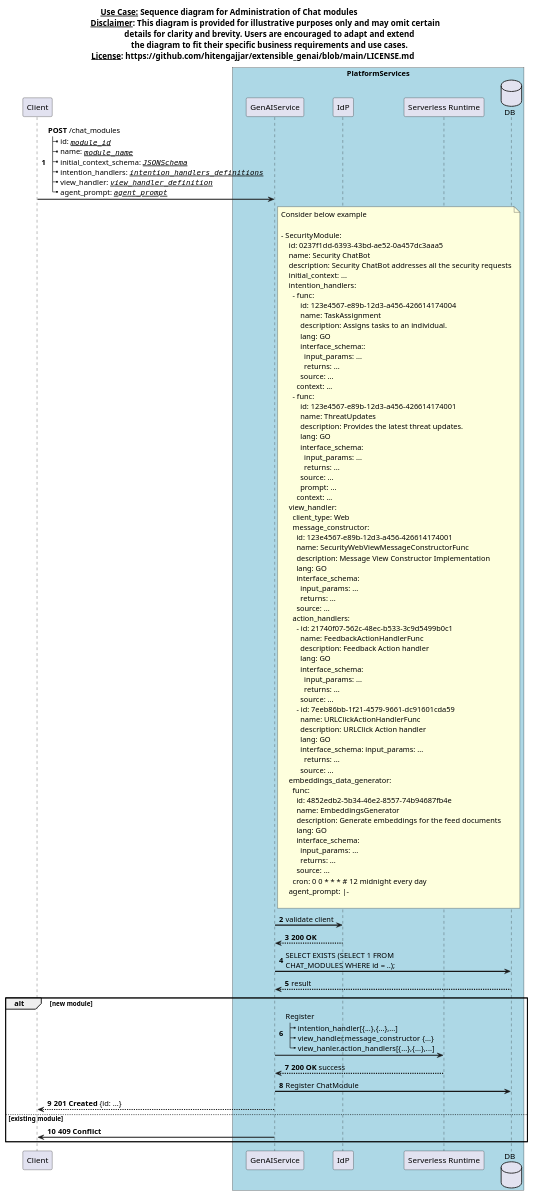
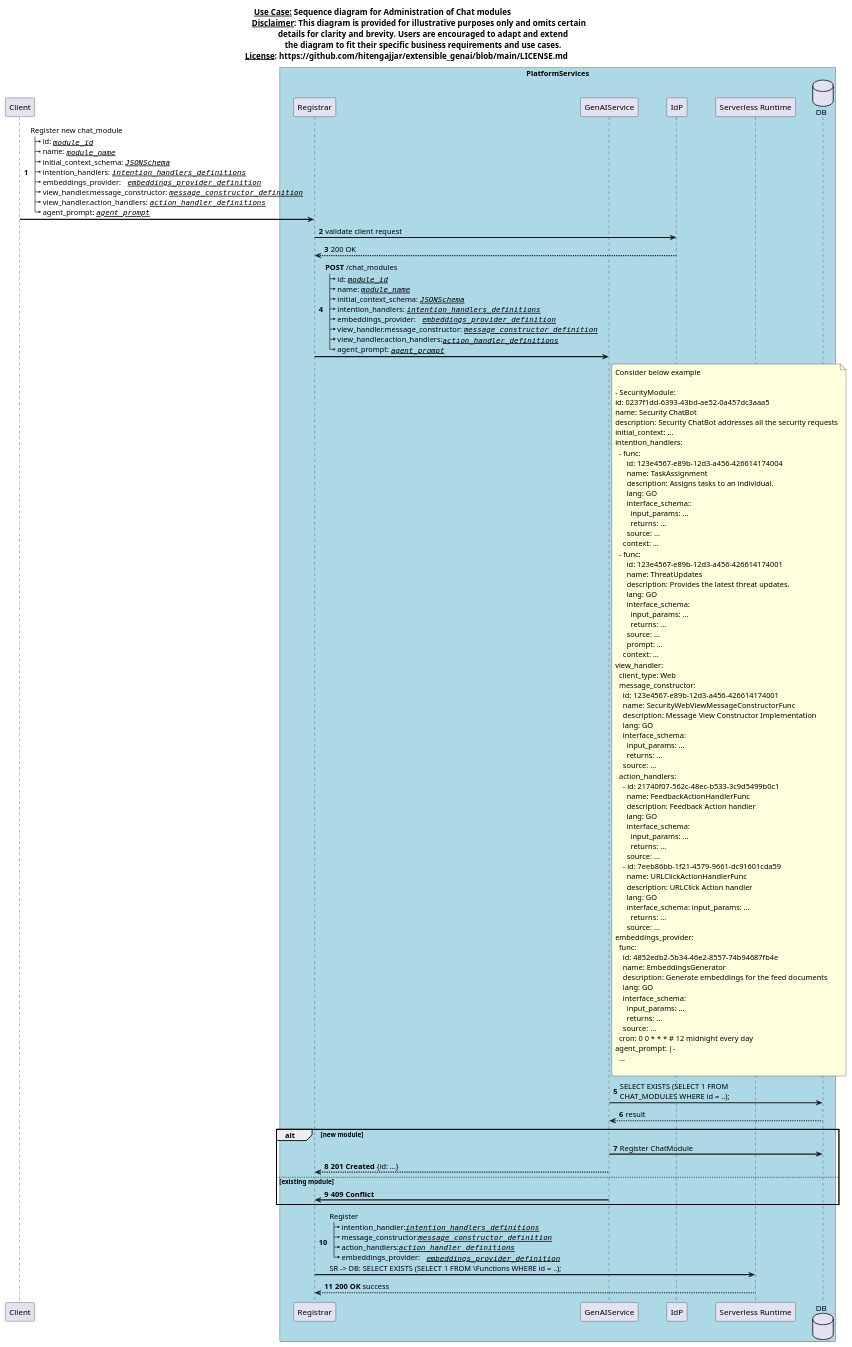
Before and after one commit to hitengajjar/extensible_genai: the diagram in UML/sequencediagrams/01 registration.wsd, drawn with PlantUML. The commit also changed 3 other files, not shown here.

Commit message:
Diagram updates

```diff
--- a/UML/sequencediagrams/01 registration.wsd
+++ b/UML/sequencediagrams/01 registration.wsd
@@ -1,123 +1,142 @@
 @startuml
 
 title 
 <u>Use Case:</u> Sequence diagram for Administration of Chat modules                                    
-<u>Disclaimer</u>: This diagram is provided for illustrative purposes only and may omit certain 
+<u>Disclaimer</u>: This diagram is provided for illustrative purposes only and omits certain 
    details for clarity and brevity. Users are encouraged to adapt and extend
    the diagram to fit their specific business requirements and use cases.
 <u>License</u>: https://github.com/hitengajjar/extensible_genai/blob/main/LICENSE.md             
 End title
 
 autonumber
 skinparam ParticipantPadding 20
 skinparam BoxPadding 10
 
 skinparam sequenceArrowThickness 2
 
 participant Client as C
 
 box "PlatformServices" #LightBlue 
+participant "Registrar" as R
 participant GenAIService as GenAI
 participant IdP
 participant "Serverless Runtime" as SR
 database DB
 end box
 
-C -> GenAI: **POST** /chat_modules \n\
+C -> R: Register new chat_module \n\
 |_ id: ""//__module_id__//"" \n\
 |_ name: ""//__module_name__//"" \n\
 |_ initial_context_schema: ""//__JSONSchema__//"" \n\
 |_ intention_handlers: ""//__intention_handlers_definitions__//"" \n\
-|_ view_handler: ""//__view_handler_definition__//"" \n\
+|_ embeddings_provider: "" //__embeddings_provider_definition__//"" \n\
+|_ view_handler.message_constructor: ""//__message_constructor_definition__//"" \n\
+|_ view_handler.action_handlers: ""//__action_handler_definitions__//"" \n\
 |_ agent_prompt: ""//__agent_prompt__//""
+
+R -> IdP: validate client request
+return 200 OK
+
+R -> GenAI: **POST** /chat_modules \n\
+|_ id: ""//__module_id__//"" \n\
+|_ name: ""//__module_name__//"" \n\
+|_ initial_context_schema: ""//__JSONSchema__//"" \n\
+|_ intention_handlers: ""//__intention_handlers_definitions__//"" \n\
+|_ embeddings_provider: "" //__embeddings_provider_definition__//"" \n\
+|_ view_handler.message_constructor: ""//__message_constructor_definition__//"" \n\
+|_ view_handler.action_handlers:""//__action_handler_definitions__//"" \n\
+|_ agent_prompt: ""//__agent_prompt__//""
+
 
 note right of GenAI
 Consider below example
 
 - SecurityModule:
-    id: 0237f1dd-6393-43bd-ae52-0a457dc3aaa5
-    name: Security ChatBot
-    description: Security ChatBot addresses all the security requests
-    initial_context: ...
-    intention_handlers:
-      - func: 
-          id: 123e4567-e89b-12d3-a456-426614174004
-          name: TaskAssignment
-          description: Assigns tasks to an individual.
-          lang: GO
-          interface_schema::
-            input_params: ...
-            returns: ...
-          source: ...
-        context: ...
-      - func: 
-          id: 123e4567-e89b-12d3-a456-426614174001
-          name: ThreatUpdates
-          description: Provides the latest threat updates.
-          lang: GO
-          interface_schema:
-            input_params: ...
-            returns: ...
-          source: ...
-          prompt: ...
-        context: ...
-    view_handler:
-      client_type: Web
-      message_constructor: 
-        id: 123e4567-e89b-12d3-a456-426614174001
-        name: SecurityWebViewMessageConstructorFunc
-        description: Message View Constructor Implementation
-        lang: GO
-        interface_schema:
-          input_params: ...
-          returns: ...
-        source: ...
-      action_handlers: 
-        - id: 21740f07-562c-48ec-b533-3c9d5499b0c1
-          name: FeedbackActionHandlerFunc
-          description: Feedback Action handler
-          lang: GO
-          interface_schema:
-            input_params: ...
-            returns: ...
-          source: ...
-        - id: 7eeb86bb-1f21-4579-9661-dc91601cda59
-          name: URLClickActionHandlerFunc
-          description: URLClick Action handler
-          lang: GO
-          interface_schema: input_params: ...
-            returns: ...
-          source: ...
-    embeddings_data_generator:
-      func: 
-        id: 4852edb2-5b34-46e2-8557-74b94687fb4e
-        name: EmbeddingsGenerator
-        description: Generate embeddings for the feed documents
-        lang: GO
-        interface_schema:
-          input_params: ...
-          returns: ...
-        source: ...
-      cron: 0 0 * * * # 12 midnight every day
-    agent_prompt: |-
+id: 0237f1dd-6393-43bd-ae52-0a457dc3aaa5
+name: Security ChatBot
+description: Security ChatBot addresses all the security requests
+initial_context: ...
+intention_handlers:
+  - func: 
+      id: 123e4567-e89b-12d3-a456-426614174004
+      name: TaskAssignment
+      description: Assigns tasks to an individual.
+      lang: GO
+      interface_schema::
+        input_params: ...
+        returns: ...
+      source: ...
+    context: ...
+  - func: 
+      id: 123e4567-e89b-12d3-a456-426614174001
+      name: ThreatUpdates
+      description: Provides the latest threat updates.
+      lang: GO
+      interface_schema:
+        input_params: ...
+        returns: ...
+      source: ...
+      prompt: ...
+    context: ...
+view_handler:
+  client_type: Web
+  message_constructor: 
+    id: 123e4567-e89b-12d3-a456-426614174001
+    name: SecurityWebViewMessageConstructorFunc
+    description: Message View Constructor Implementation
+    lang: GO
+    interface_schema:
+      input_params: ...
+      returns: ...
+    source: ...
+  action_handlers: 
+    - id: 21740f07-562c-48ec-b533-3c9d5499b0c1
+      name: FeedbackActionHandlerFunc
+      description: Feedback Action handler
+      lang: GO
+      interface_schema:
+        input_params: ...
+        returns: ...
+      source: ...
+    - id: 7eeb86bb-1f21-4579-9661-dc91601cda59
+      name: URLClickActionHandlerFunc
+      description: URLClick Action handler
+      lang: GO
+      interface_schema: input_params: ...
+        returns: ...
+      source: ...
+embeddings_provider:
+  func: 
+    id: 4852edb2-5b34-46e2-8557-74b94687fb4e
+    name: EmbeddingsGenerator
+    description: Generate embeddings for the feed documents
+    lang: GO
+    interface_schema:
+      input_params: ...
+      returns: ...
+    source: ...
+  cron: 0 0 * * * # 12 midnight every day
+agent_prompt: |-
+  ...
       
 end note
-
-GenAI -> IdP: validate client
-return **200 OK**
 
 GenAI -> DB: SELECT EXISTS (SELECT 1 FROM \nCHAT_MODULES WHERE id = ..);
 return result
 Alt new module
-  GenAI -> SR: Register \n\
-|_ intention_handler[{...},{...},...] \n\
-|_ view_handler.message_constructor {...}\n\
-|_ view_hanler.action_handlers[{...},{...},...]
-  return **200 OK** success
   GenAI -> DB: Register ChatModule
-  GenAI --> C: **201 Created** {id: ...}
+  GenAI --> R: **201 Created** {id: ...}
 Else existing module
-  GenAI -> C: **409 Conflict**
+  GenAI -> R: **409 Conflict**
 End
 
+R -> SR: Register \n\
+|_ intention_handler:""//__intention_handlers_definitions__//"" \n\
+|_ message_constructor:""//__message_constructor_definition__//"" \n\
+|_ action_handlers:""//__action_handler_definitions__//"" \n\
+|_ embeddings_provider: "" //__embeddings_provider_definition__//"" \n\
+SR -> DB: SELECT EXISTS (SELECT 1 FROM \Functions WHERE id = ..);
+return **200 OK** success
+
+
 @enduml
```
